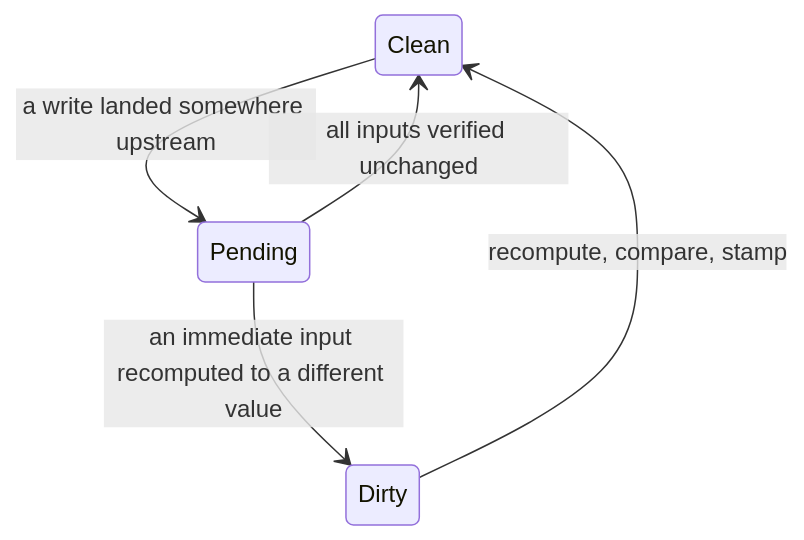
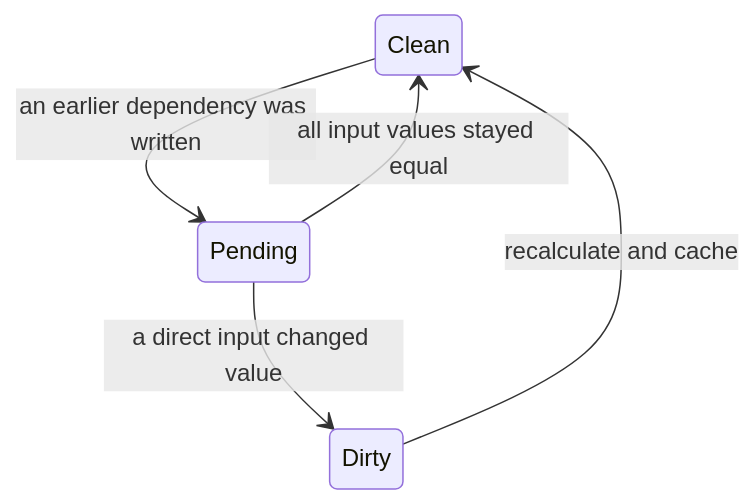
Before and after one commit to justjake/alien-signals: the fourth of 4 diagrams in README.md, drawn with Mermaid. The commit also changed other lines of this file, not shown here.

````diff
--- a/README.md
+++ b/README.md
@@ -104,7 +136,7 @@
 ```mermaid
 stateDiagram-v2
-    Clean --> Pending : a write landed somewhere upstream
-    Pending --> Dirty : an immediate input recomputed to a different value
-    Pending --> Clean : all inputs verified unchanged
-    Dirty --> Clean : recompute, compare, stamp
+    Clean --> Pending : an earlier dependency was written
+    Pending --> Dirty : a direct input changed value
+    Pending --> Clean : all input values stayed equal
+    Dirty --> Clean : recalculate and cache
 ```
````
